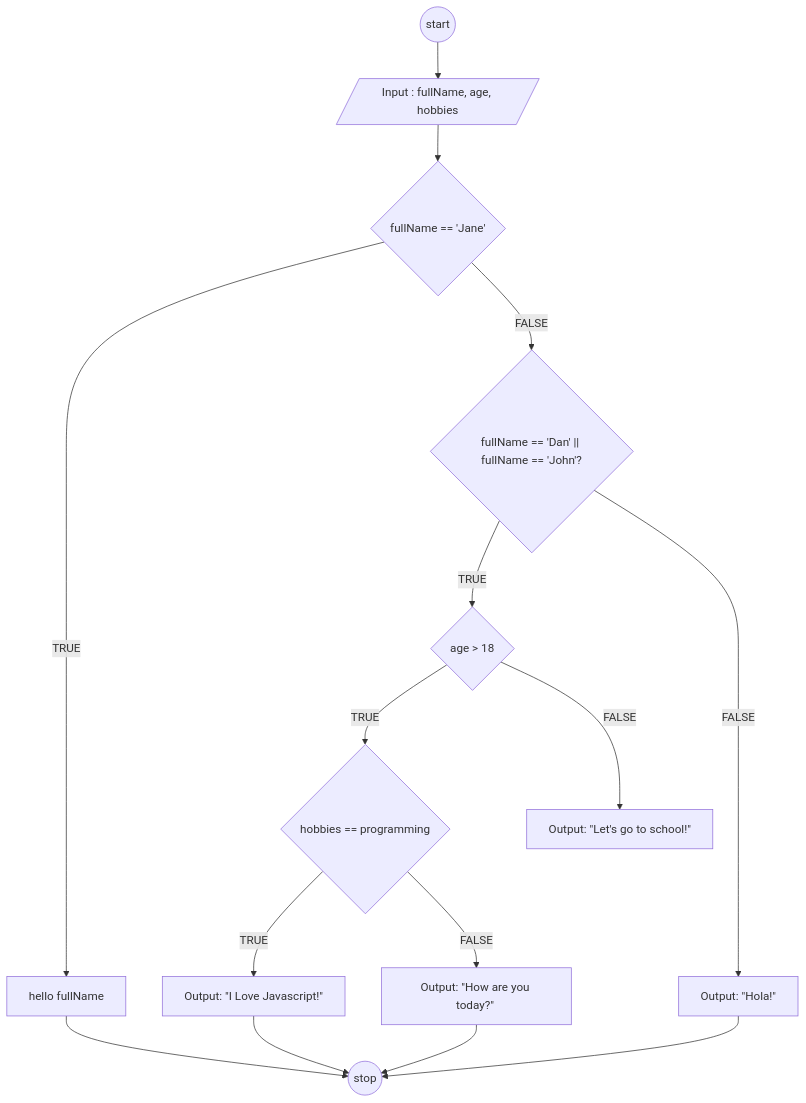
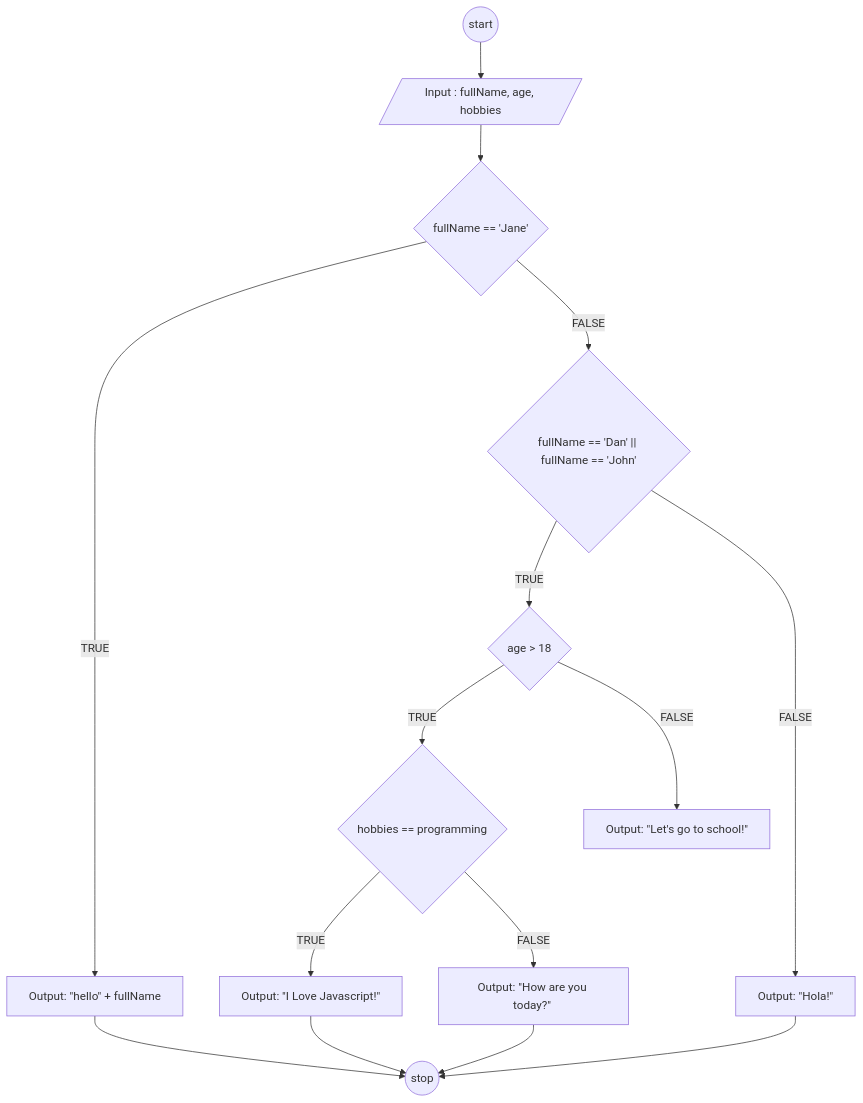
The diagram in flowchart-fullName.md (makarim22/koda-b6-javascript1), drawn with Mermaid before and after one commit. The commit also changed other lines of this file, not shown here.

````diff
--- a/flowchart-fullName.md
+++ b/flowchart-fullName.md
@@ -1,42 +1,42 @@
 ```mermaid
 flowchart TD
 A@{ shape: circle, label: "start"} --> B
 
 B@{ shape: lean-r, label: "Input : fullName, age, hobbies" } --> C
 
 C@{ shape: diamond, label: "fullName == 'Jane'" } -->|TRUE| D
 
 C -- FALSE --> E
 
-D@{ shape: rect, label: "hello fullName"} 
+D@{ shape: rect, label: "Output: \"hello\" + fullName "} 
 
-E@{ shape: diamond, label: "fullName == 'Dan' || fullName == 'John'?" } --> |TRUE| F
+E@{ shape: diamond, label: "fullName == 'Dan' || fullName == 'John'" } --> |TRUE| F
 
 E -- FALSE --> K
 
 F@{ shape: diamond, label: "age > 18 "} 
 
 F --> |TRUE| O
 
 F -- FALSE --> H
 
 H@{ shape: rect, label: "Output: \"Let's go to school!\" " } 
 
 K@{ shape: rect, label: "Output: \"Hola!\" " }
 
 O@{ shape: diamond, label: "hobbies == programming" } -->|TRUE| P
 
 O -- FALSE --> Q
 
 P@{ shape: rect, label: "Output: \"I Love Javascript!\" "} 
 
 Q@{ shape: rect, label: "Output: \"How are you today?\" "} 
 
 Z@{ shape: circle, label: "stop" }
 
 
 D --> Z
 K --> Z
 Q --> Z 
 P --> Z
 ```
````
